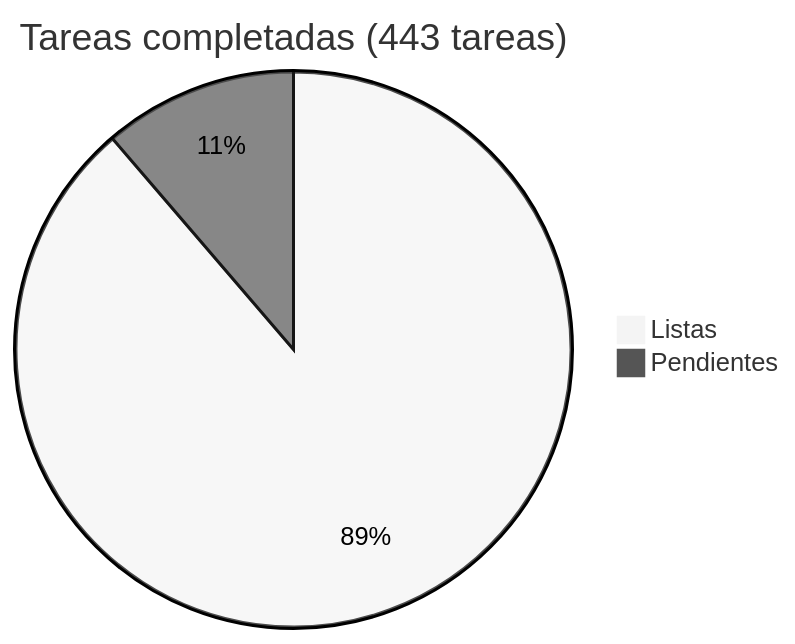
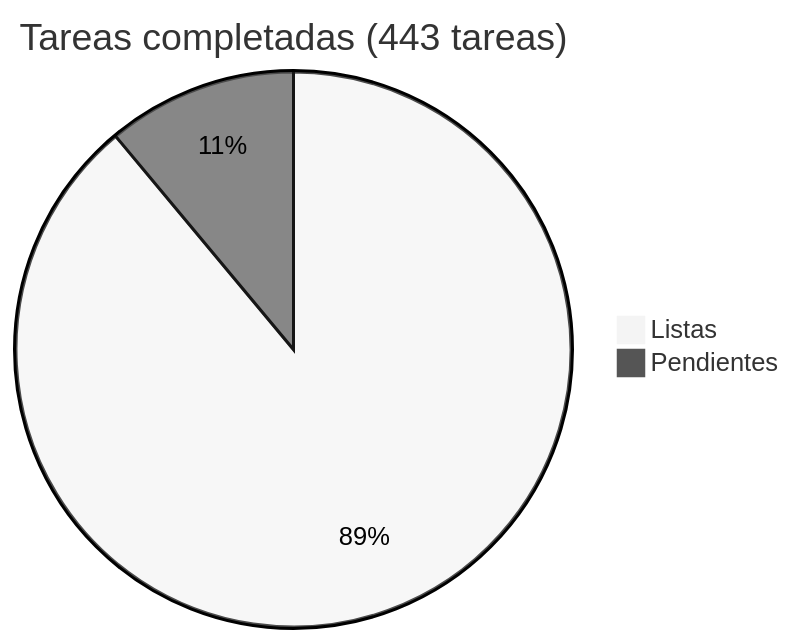
Before and after one commit to araguaney-lat/araguaney: the diagram in docs/roadmap/README.md, drawn with Mermaid (neutral theme). The commit also changed other lines of this file and 2 other files, not shown here.

````diff
--- a/docs/roadmap/README.md
+++ b/docs/roadmap/README.md
@@ -5,5 +5,5 @@
 ```mermaid
 pie title Tareas completadas (443 tareas)
-    "Listas" : 393
-    "Pendientes" : 50
+    "Listas" : 394
+    "Pendientes" : 49
 ```
````
